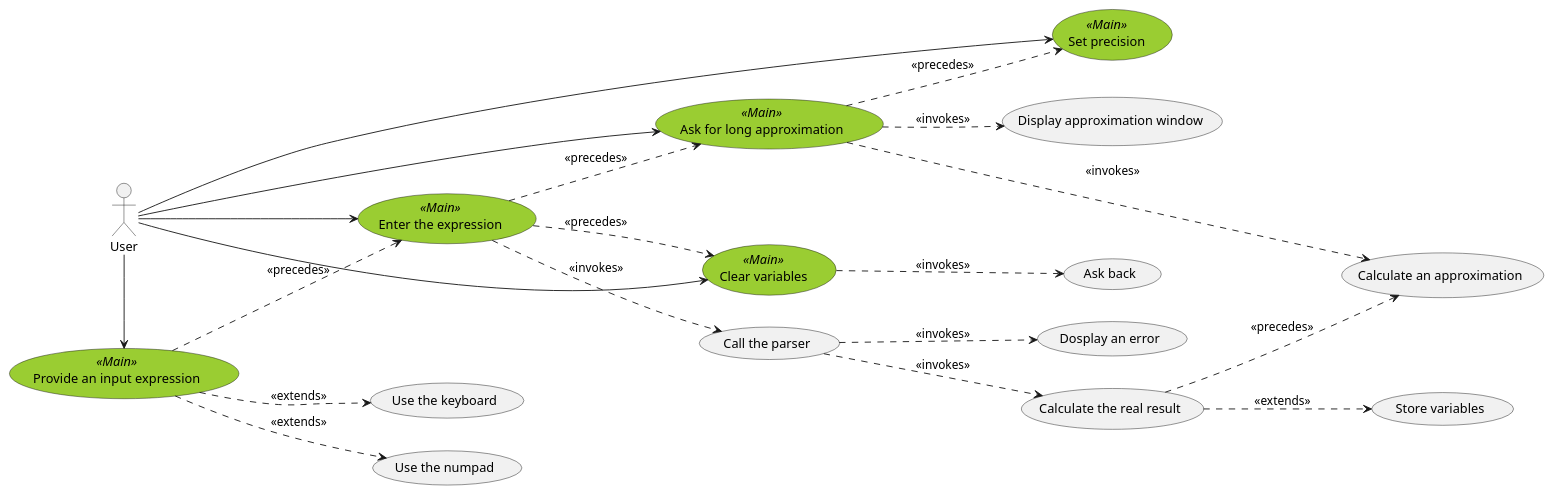
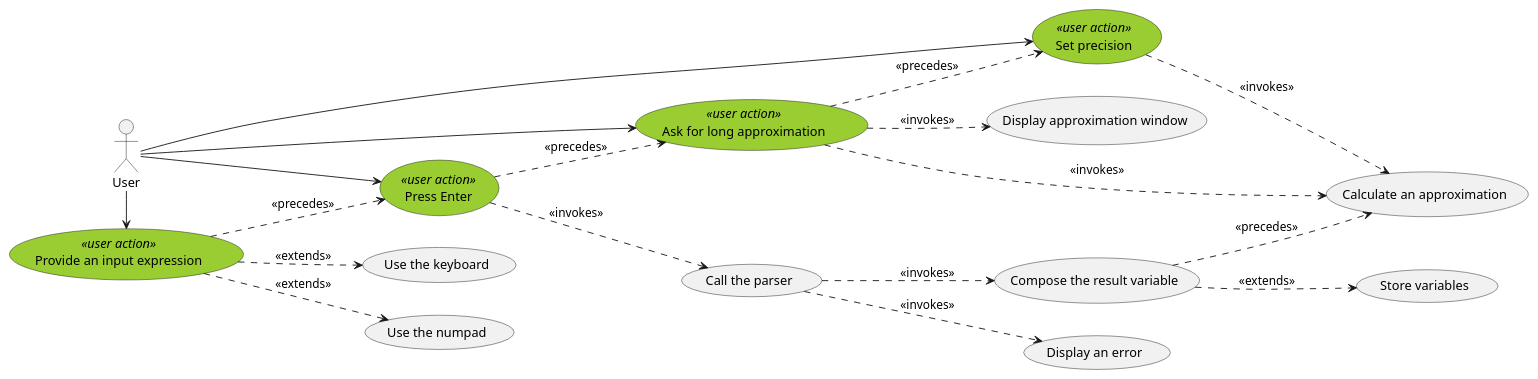
The diagram in docs/use_case.puml (viktorcsimma/acorn-calc), drawn with PlantUML before and after one commit. The commit also changed 2 other files, not shown here.

Commit message:
Updating diagrams

```diff
--- a/docs/use_case.puml
+++ b/docs/use_case.puml
@@ -1,52 +1,47 @@
 @startuml use_case
 
 skinparam use_case {
     'for actions that are directly connected to the actor
-    BackgroundColor<< Main >> YellowGreen
+    BackgroundColor<< user action >> YellowGreen
 }
 
 left to right direction
 
 actor :User:
 
-(Provide an input expression) as input<< Main >>
+(Provide an input expression) as input<<user action>>
 (Use the numpad) as numpad
 (Use the keyboard) as keyboard
-(Enter the expression) as enter<< Main >>
+(Press Enter) as enter<<user action>>
 (Call the parser) as parser
-(Dosplay an error) as error
-(Calculate the real result) as calculate
+(Display an error) as error
+(Compose the result variable) as calculate
 (Store variables) as store
 (Calculate an approximation) as calc_approx
-(Ask for long approximation) as ask_approx<< Main >>
+(Ask for long approximation) as ask_approx<<user action>>
 (Display approximation window) as approx_window
-(Set precision) as set_precision<< Main >>
-(Clear variables) as clear<< Main >>
-(Ask back) as ask_back
+(Set precision) as set_precision<<user action>>
 
 User -> input
 User -> enter
 User -> ask_approx
 User -> set_precision
-User -> clear
 
 input ..> numpad : <<extends>>
 input ..> keyboard : <<extends>>
 
 input .down.> enter : <<precedes>>
 enter ..> parser : <<invokes>>
 parser ..> error: <<invokes>>
 parser ..> calculate: <<invokes>>
 calculate ..> calc_approx: <<precedes>>
 calculate ..> store: <<extends>>
 
 enter .down.> ask_approx: <<precedes>>
 ask_approx ..> approx_window: <<invokes>>
 ask_approx ..> calc_approx: <<invokes>>
 
 ask_approx .down.> set_precision: <<precedes>>
-
-enter .down.> clear: <<precedes>>
-clear ..> ask_back: <<invokes>>
+set_precision ..> calc_approx: <<invokes>>
 
 @enduml
```
